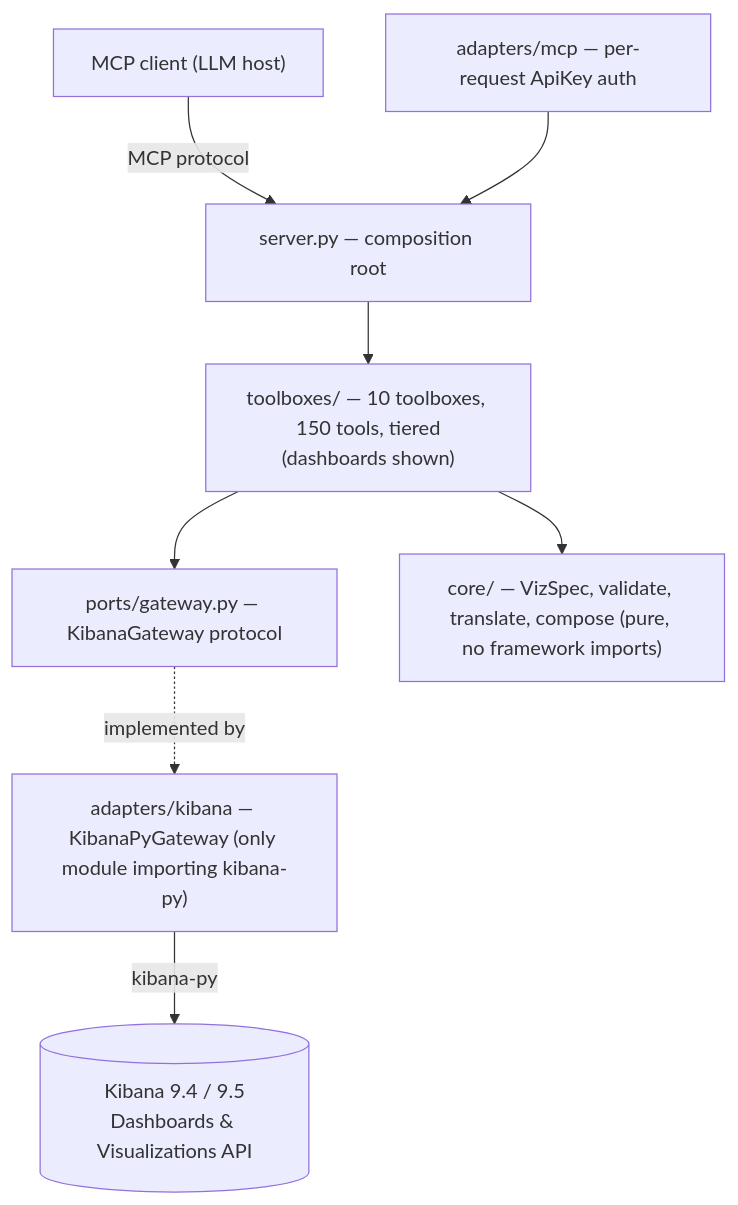
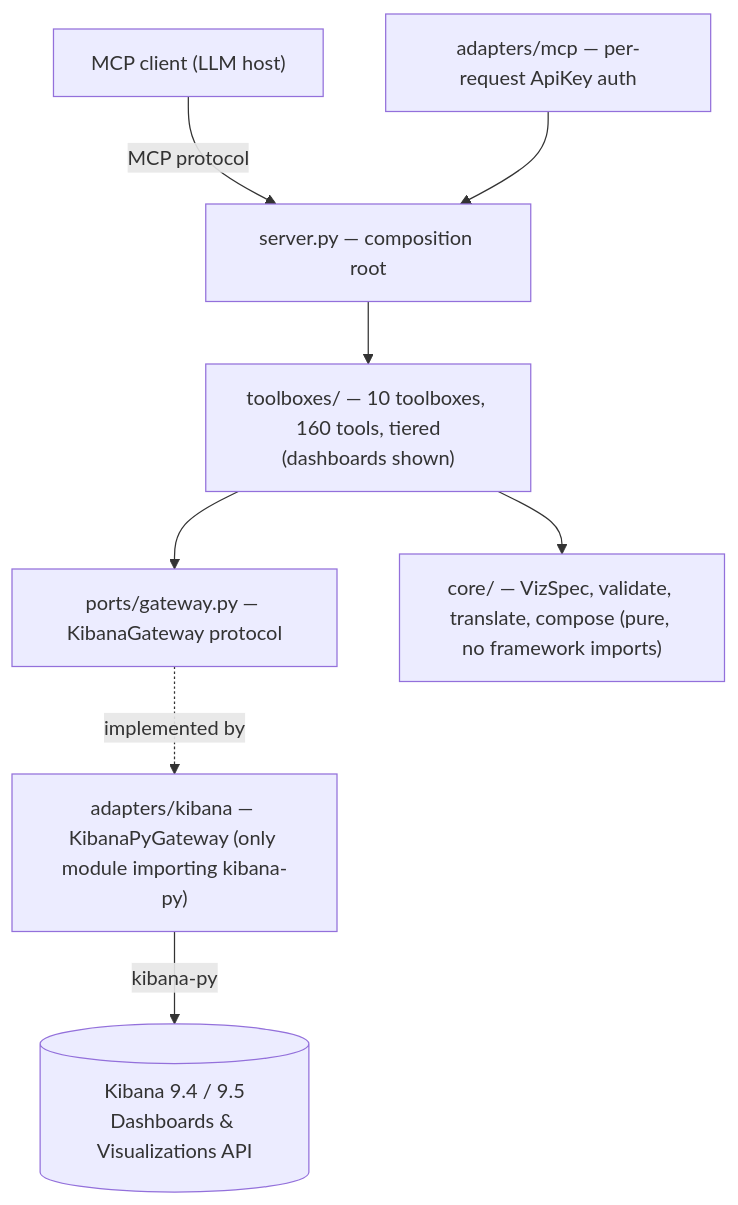
One commit to pedro-angel/mcp-for-kibana changed the second of 4 diagrams in docs/architecture.md. Above: the diagram before and after it, drawn with Mermaid. The commit also changed other lines of this file and 21 other files, not shown here.

````diff
--- a/docs/architecture.md
+++ b/docs/architecture.md
@@ -47,10 +47,10 @@
 ```mermaid
 flowchart TD
     Client["MCP client (LLM host)"] -->|MCP protocol| Server
     AuthAdapter["adapters/mcp — per-request ApiKey auth"] --> Server
-    Server["server.py — composition root"] --> Toolboxes["toolboxes/ — 10 toolboxes, 150 tools, tiered<br/>(dashboards shown)"]
+    Server["server.py — composition root"] --> Toolboxes["toolboxes/ — 10 toolboxes, 160 tools, tiered<br/>(dashboards shown)"]
     Toolboxes --> Ports["ports/gateway.py — KibanaGateway protocol"]
     Toolboxes --> Core["core/ — VizSpec, validate, translate, compose (pure, no framework imports)"]
     Ports -. implemented by .-> KibanaAdapter["adapters/kibana — KibanaPyGateway (only module importing kibana-py)"]
     KibanaAdapter -->|kibana-py| Kibana[("Kibana 9.4 / 9.5\nDashboards & Visualizations API")]
 ```
````
